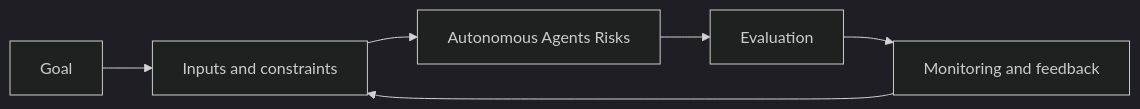
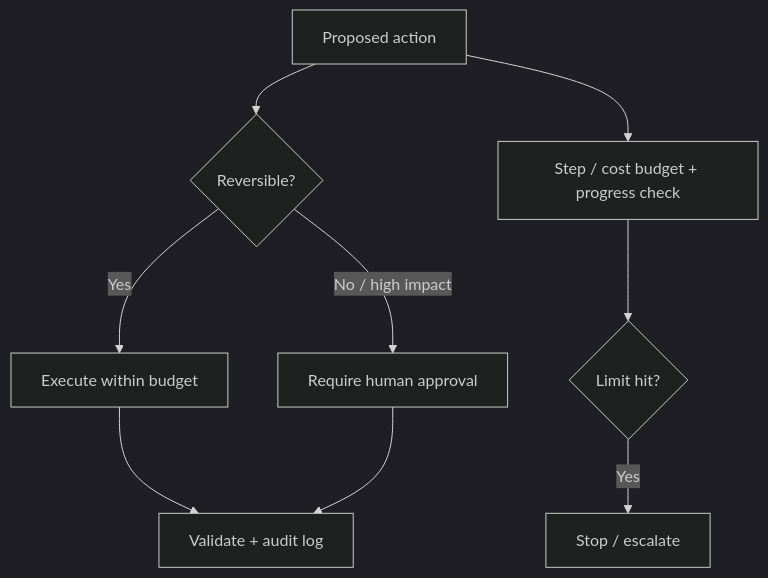
The diagram in agents/09-autonomous-agents-risks.md (Icon1cc/Machine-Learning), drawn with Mermaid (dark theme) before and after one commit. The commit also changed other lines of this file and 118 other files, not shown here.

````diff
--- a/agents/09-autonomous-agents-risks.md
+++ b/agents/09-autonomous-agents-risks.md
@@ -93,8 +71,11 @@
 ```mermaid
-flowchart LR
-    A[Goal] --> B[Inputs and constraints]
-    B --> C[Autonomous Agents Risks]
-    C --> D[Evaluation]
-    D --> E[Monitoring and feedback]
-    E --> B
+flowchart TD
+    A[Proposed action] --> B{Reversible?}
+    B -- Yes --> C[Execute within budget]
+    B -- No / high impact --> D[Require human approval]
+    C --> E[Validate + audit log]
+    D --> E
+    A --> F[Step / cost budget + progress check]
+    F --> G{Limit hit?}
+    G -- Yes --> H[Stop / escalate]
 ```
````
